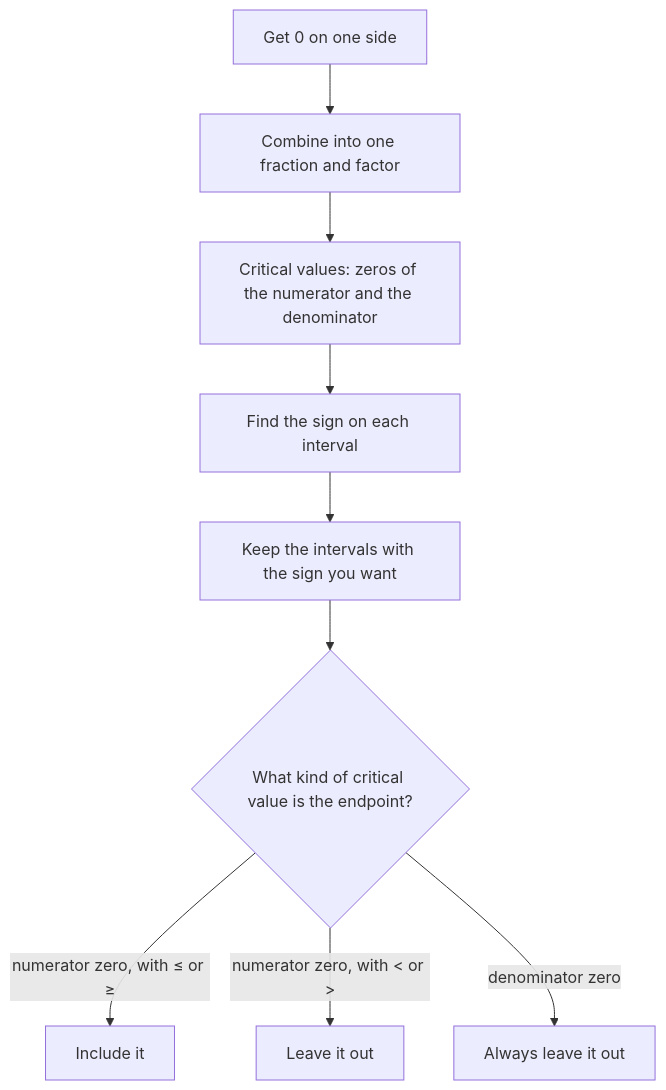
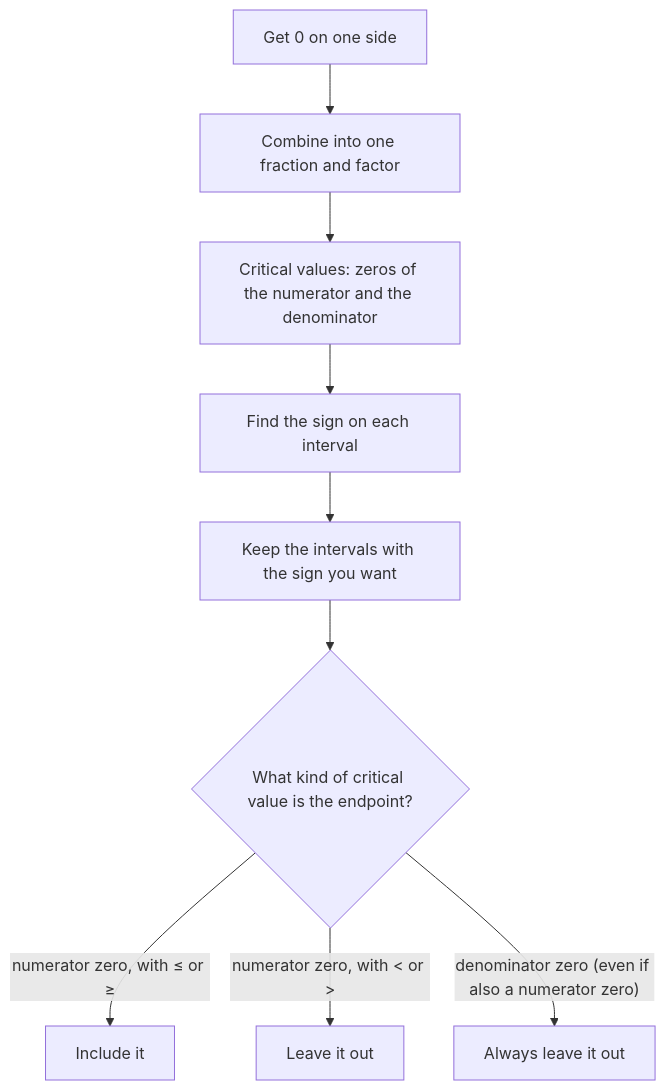
Before and after one commit to Aziliz/erudior: the diagram in content/math/algebra2/lessons/19-polynomial-rational-inequalities.md, drawn with Mermaid. The commit also changed other lines of this file and 56 other files, not shown here.

````diff
--- a/content/math/algebra2/lessons/19-polynomial-rational-inequalities.md
+++ b/content/math/algebra2/lessons/19-polynomial-rational-inequalities.md
@@ -32,13 +32,13 @@
 ```mermaid
 flowchart TD
   accTitle: Solving a polynomial or rational inequality with a sign chart
-  accDescr: Move everything to one side so the inequality compares an expression with 0. Combine it into one fraction and factor. The critical values are the zeros of the numerator and of the denominator. Test the sign on each interval between critical values and keep the intervals with the sign the inequality asks for. Then decide each endpoint. A zero of the numerator is included with less than or equal or greater than or equal, and left out with strict less than or greater than. A zero of the denominator is always left out.
+  accDescr: Move everything to one side so the inequality compares an expression with 0. Combine it into one fraction and factor. The critical values are the zeros of the numerator and of the denominator. Test the sign on each interval between critical values and keep the intervals with the sign the inequality asks for. Then decide each endpoint. A zero of the numerator is included with less than or equal or greater than or equal, and left out with strict less than or greater than. A zero of the denominator is always left out, even if it is also a zero of the numerator.
   A["Get 0 on one side"] --> B["Combine into one fraction and factor"]
   B --> C["Critical values: zeros of the numerator and the denominator"]
   C --> D["Find the sign on each interval"]
   D --> E["Keep the intervals with the sign you want"]
   E --> F{"What kind of critical value is the endpoint?"}
   F -- "numerator zero, with ≤ or ≥" --> G["Include it"]
   F -- "numerator zero, with #lt; or #gt;" --> H["Leave it out"]
-  F -- "denominator zero" --> I["Always leave it out"]
+  F -- "denominator zero (even if also a numerator zero)" --> I["Always leave it out"]
 ```
````
